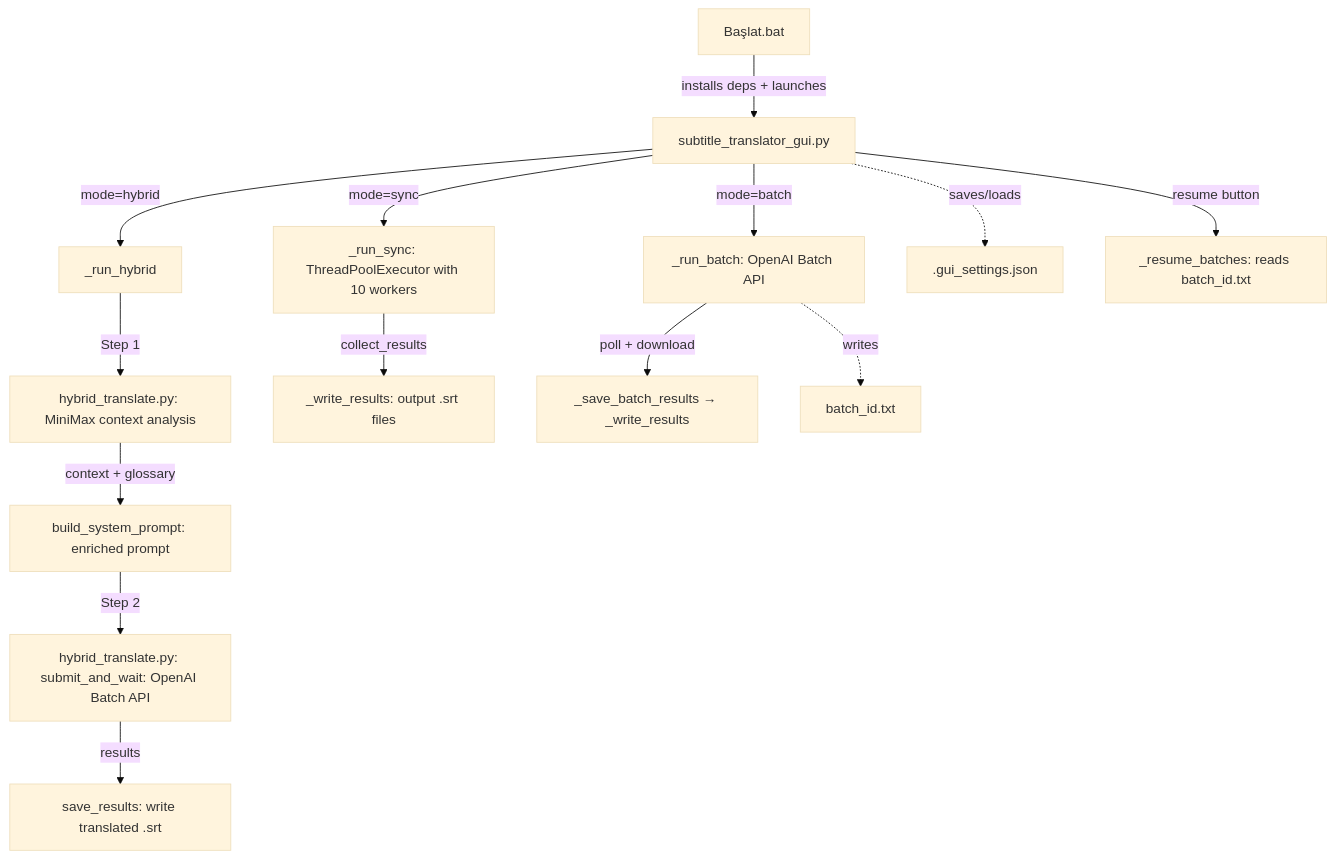
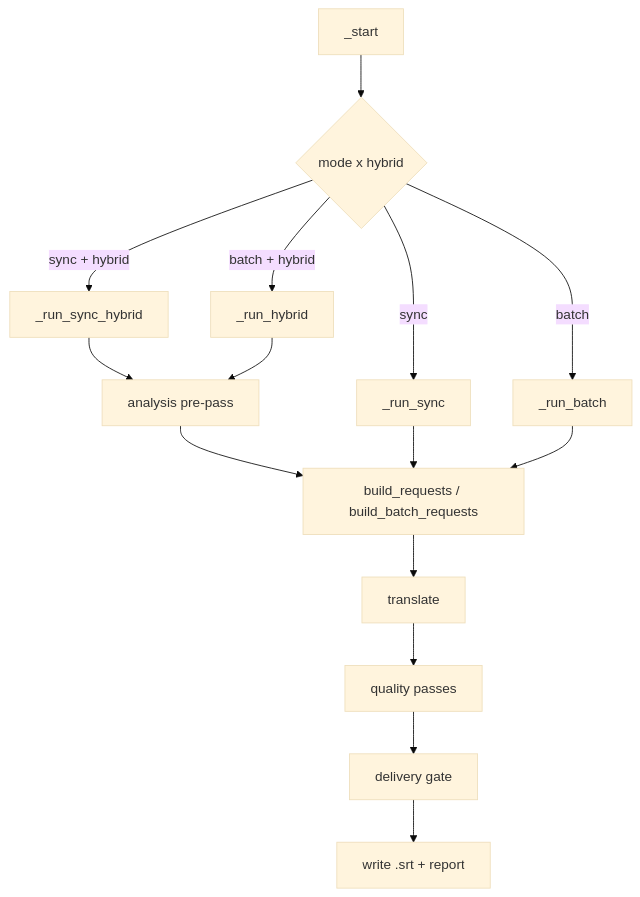
One commit to dorukakindev/ai-subtitle-translator changed the diagram in Architecture.md. Above: the diagram before and after it, drawn with Mermaid (base theme). The commit also changed other lines of this file and 2 other files, not shown here.

````diff
--- a/Architecture.md
+++ b/Architecture.md
@@ -27,19 +51,19 @@
 ```mermaid
 flowchart TD
-    A[Başlat.bat] -->|installs deps + launches| B[subtitle_translator_gui.py]
-    B -->|mode=sync| C[_run_sync: ThreadPoolExecutor with 10 workers]
-    B -->|mode=batch| D[_run_batch: OpenAI Batch API]
-    B -->|mode=hybrid| E[_run_hybrid]
+    S[_start] --> A{mode x hybrid}
+    A -->|sync| SY[_run_sync]
+    A -->|sync + hybrid| SH[_run_sync_hybrid]
+    A -->|batch| B[_run_batch]
+    A -->|batch + hybrid| BH[_run_hybrid]
 
-    E -->|Step 1| F[hybrid_translate.py: MiniMax context analysis]
-    F -->|context + glossary| G[build_system_prompt: enriched prompt]
-    G -->|Step 2| H[hybrid_translate.py: submit_and_wait: OpenAI Batch API]
-    H -->|results| I[save_results: write translated .srt]
+    SH --> AN[analysis pre-pass]
+    BH --> AN
+    AN --> P[build_requests / build_batch_requests]
+    SY --> P
+    B --> P
 
-    C -->|collect_results| J[_write_results: output .srt files]
-    D -->|poll + download| K[_save_batch_results → _write_results]
-
-    B -.->|saves/loads| L[.gui_settings.json]
-    D -.->|writes| M[batch_id.txt]
-    B -->|resume button| N[_resume_batches: reads batch_id.txt]
+    P --> T[translate]
+    T --> Q[quality passes]
+    Q --> D[delivery gate]
+    D --> W[write .srt + report]
 ```
````
